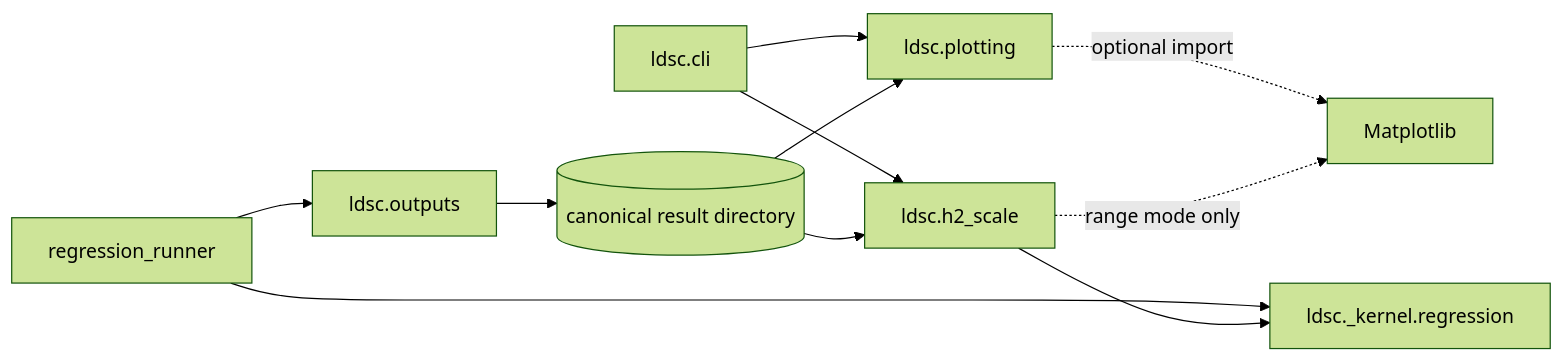
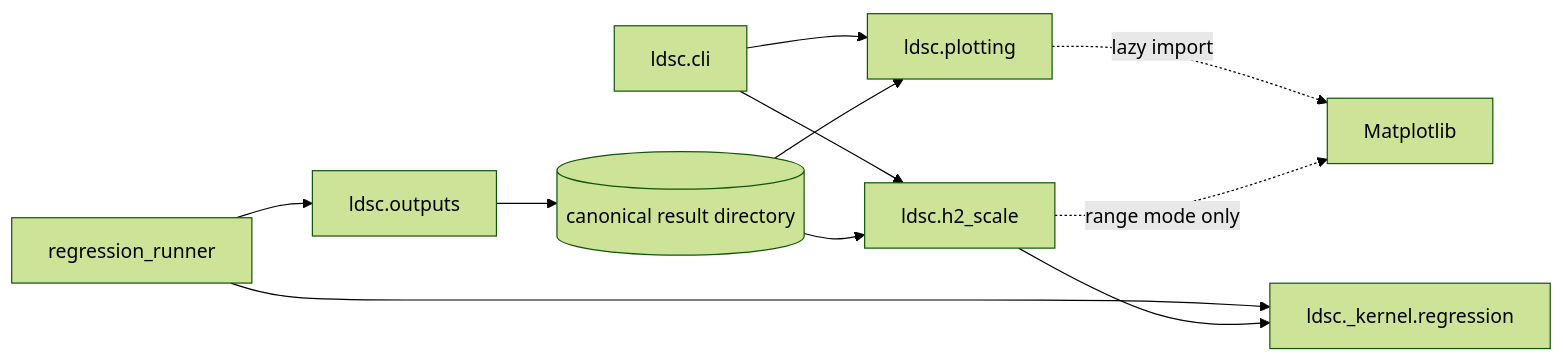
The diagram in docs/current/plotting-module.md (WenbinWu2001/ldsc_py3), drawn with Mermaid (forest theme) before and after one commit. The commit also changed other lines of this file and 23 other files, not shown here.

````diff
--- a/docs/current/plotting-module.md
+++ b/docs/current/plotting-module.md
@@ -18,13 +18,13 @@
 ```mermaid
 flowchart LR
     CLI[ldsc.cli] --> PLOT[ldsc.plotting]
     CLI --> CONVERT[ldsc.h2_scale]
     CORE[regression_runner] --> WRITERS[ldsc.outputs]
     CORE --> KERNEL[ldsc._kernel.regression]
     WRITERS --> RESULT[(canonical result directory)]
     RESULT --> PLOT
     RESULT --> CONVERT
-    PLOT -. optional import .-> MPL[Matplotlib]
+    PLOT -. lazy import .-> MPL[Matplotlib]
     CONVERT --> KERNEL
     CONVERT -. range mode only .-> MPL
 ```
````
